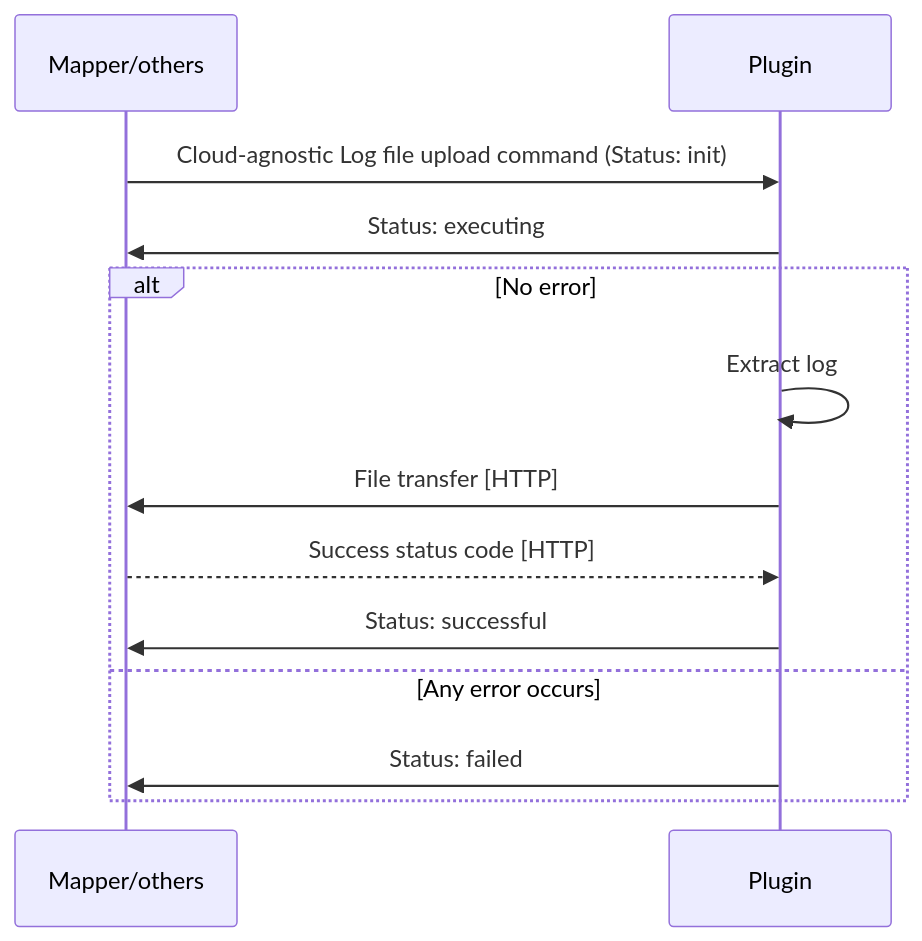
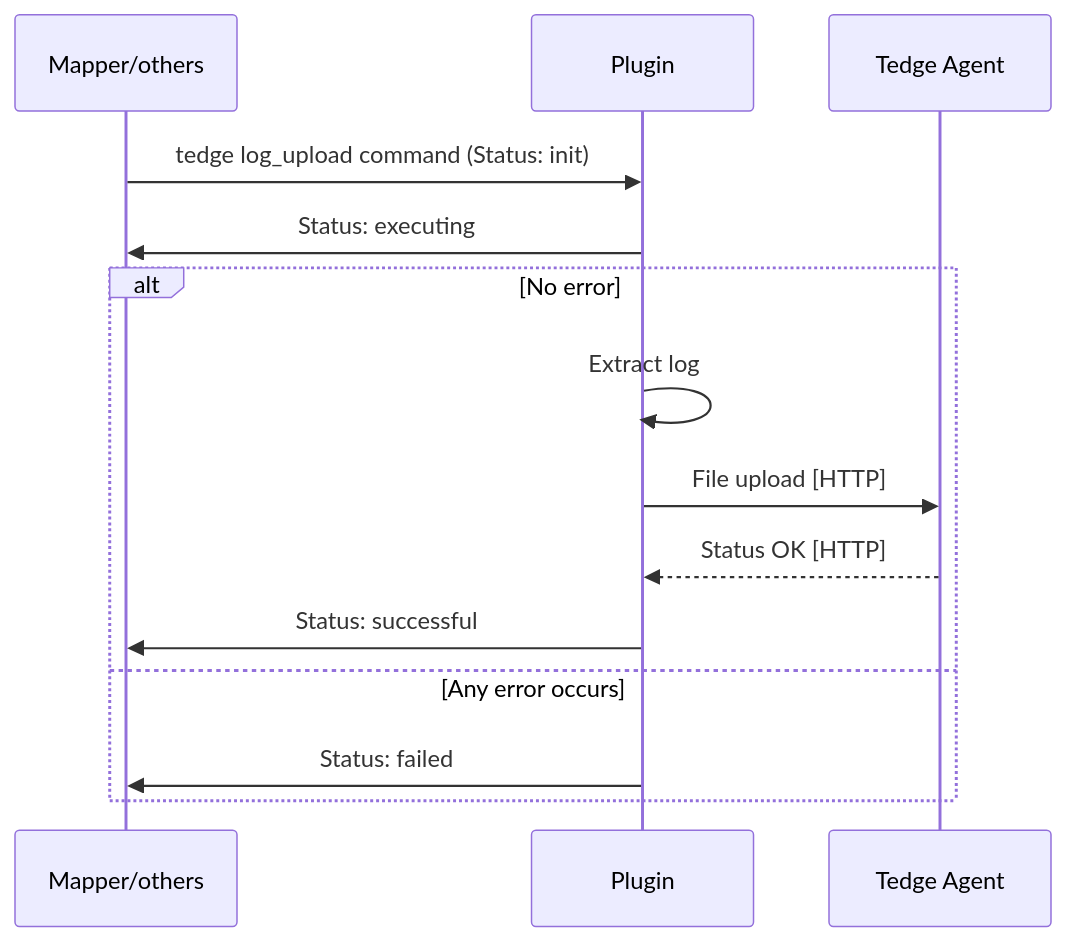
Before and after one commit to thin-edge/thin-edge.io: the diagram in docs/src/references/tedge-log-management.md, drawn with Mermaid. The commit also changed other lines of this file, not shown here.

````diff
--- a/docs/src/references/tedge-log-management.md
+++ b/docs/src/references/tedge-log-management.md
@@ -126,16 +123,17 @@
 ```mermaid
 sequenceDiagram
   participant Mapper/others
   participant Plugin
+  participant Tedge Agent
 
-  Mapper/others->>Plugin: Cloud-agnostic Log file upload command (Status: init)
+  Mapper/others->>Plugin: tedge log_upload command (Status: init)
   Plugin->>Mapper/others: Status: executing
   alt No error
     Plugin->>Plugin: Extract log
-    Plugin->>Mapper/others: File transfer [HTTP]
-    Mapper/others-->>Plugin: Success status code [HTTP]
+    Plugin->>Tedge Agent: File upload [HTTP]
+    Tedge Agent-->>Plugin: Status OK [HTTP]
     Plugin->>Mapper/others: Status: successful
   else Any error occurs
     Plugin->>Mapper/others: Status: failed
   end
 ```
````
